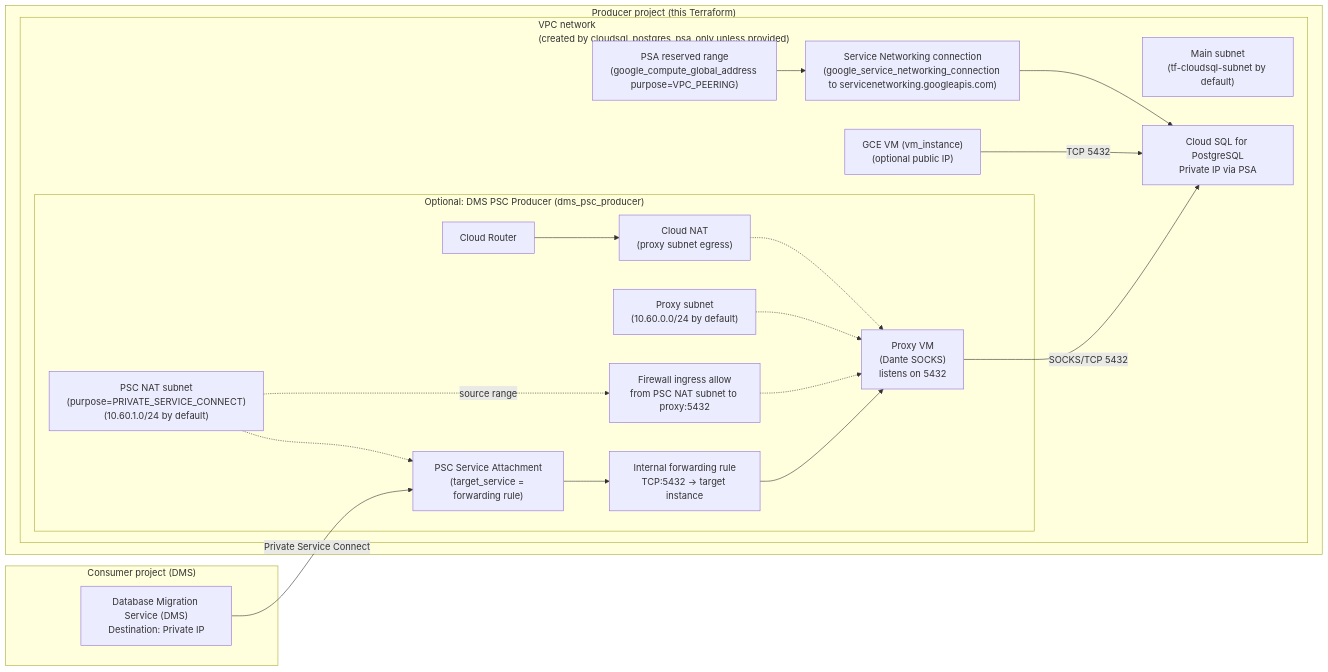
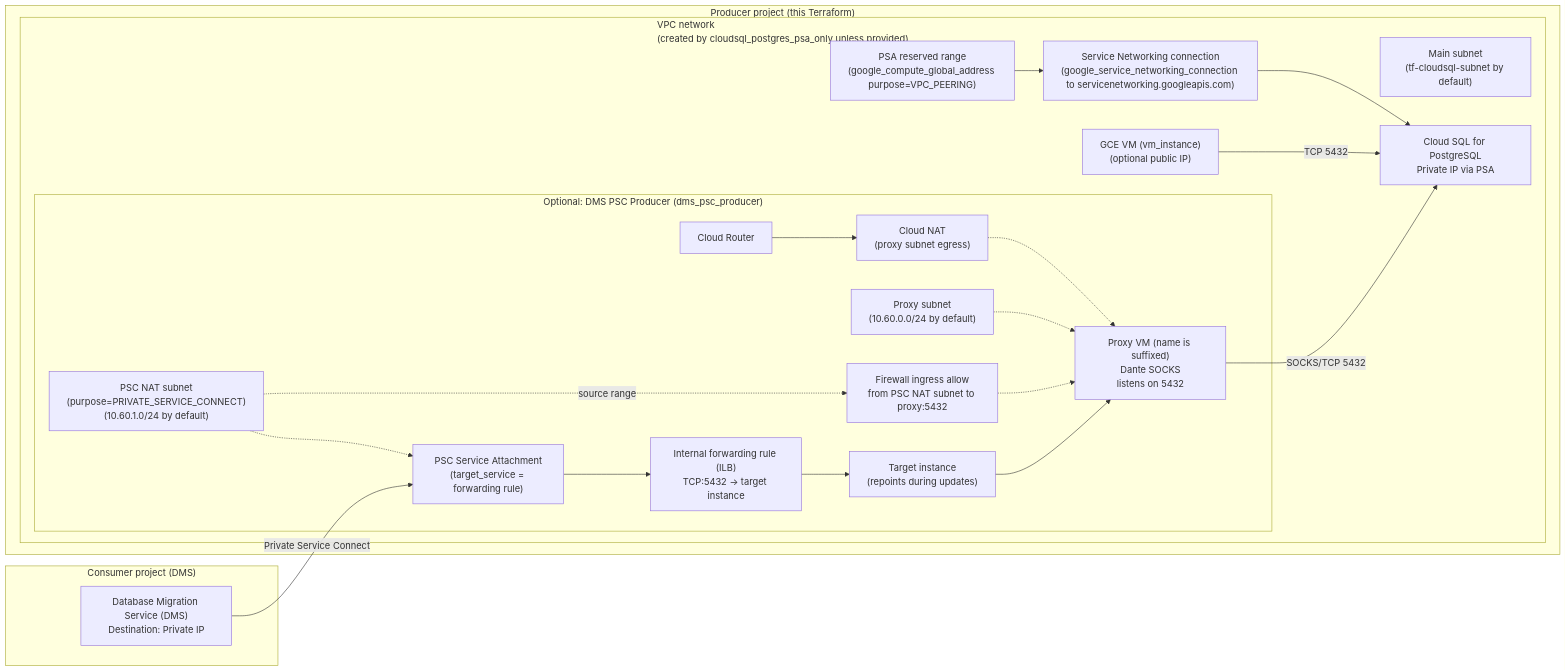
Before and after one commit to chris31389/gcp-terraform-cloud-sql-psc: the diagram in README.md, drawn with Mermaid.

Commit message:
fixing mermaid diagram

````diff
--- a/README.md
+++ b/README.md
@@ -19,53 +19,55 @@
 ```mermaid
 flowchart LR
   %% High-level connectivity between a consumer (DMS) and producer (this Terraform)
   %% Legend:
   %%   Solid arrows: primary traffic flow
   %%   Dashed arrows: configuration/policy/placement relationship (not a hop)
 
   subgraph Consumer["Consumer project (DMS)"]
     DMS["Database Migration Service (DMS)\nDestination: Private IP"]
   end
 
   subgraph Producer["Producer project (this Terraform)"]
     subgraph VPC["VPC network\n(created by cloudsql_postgres_psa_only unless provided)"]
       SubnetMain["Main subnet\n(tf-cloudsql-subnet by default)"]
       VM["GCE VM (vm_instance)\n(optional public IP)"]
 
       PSA["PSA reserved range\n(google_compute_global_address purpose=VPC_PEERING)"]
       SN["Service Networking connection\n(google_service_networking_connection to servicenetworking.googleapis.com)"]
       CloudSQL["Cloud SQL for PostgreSQL\nPrivate IP via PSA"]
 
       %% Optional DMS PSC producer setup
       subgraph PSC["Optional: DMS PSC Producer (dms_psc_producer)"]
         ProxySubnet["Proxy subnet\n(10.60.0.0/24 by default)"]
         PSCNAT["PSC NAT subnet\n(purpose=PRIVATE_SERVICE_CONNECT)\n(10.60.1.0/24 by default)"]
 
         Router["Cloud Router"]
         NAT["Cloud NAT\n(proxy subnet egress)"]
 
         FW["Firewall ingress allow\nfrom PSC NAT subnet to proxy:5432"]
 
-        ILBFR["Internal forwarding rule\nTCP:5432 -> target instance"]
-        ProxyVM["Proxy VM\n(Dante SOCKS)\nlistens on 5432"]
+        ILBFR["Internal forwarding rule (ILB)\nTCP:5432 -> target instance"]
+        TargetInstance["Target instance\n(repoints during updates)"]
+        ProxyVM["Proxy VM (name is suffixed)\nDante SOCKS\nlistens on 5432"]
         SA["PSC Service Attachment\n(target_service = forwarding rule)"]
       end
     end
   end
 
   %% PSA path
   PSA --> SN --> CloudSQL
   VM -->|"TCP 5432"| CloudSQL
 
   %% Optional PSC-for-DMS path
   Router --> NAT
   NAT -.-> ProxyVM
   ProxySubnet -.-> ProxyVM
   PSCNAT -.-> SA
   PSCNAT -.->|"source range"| FW
   FW -.-> ProxyVM
-  ILBFR --> ProxyVM
+  ILBFR --> TargetInstance
+  TargetInstance --> ProxyVM
   SA --> ILBFR
   DMS -->|"Private Service Connect"| SA
   ProxyVM -->|"SOCKS/TCP 5432"| CloudSQL
 ```
````
